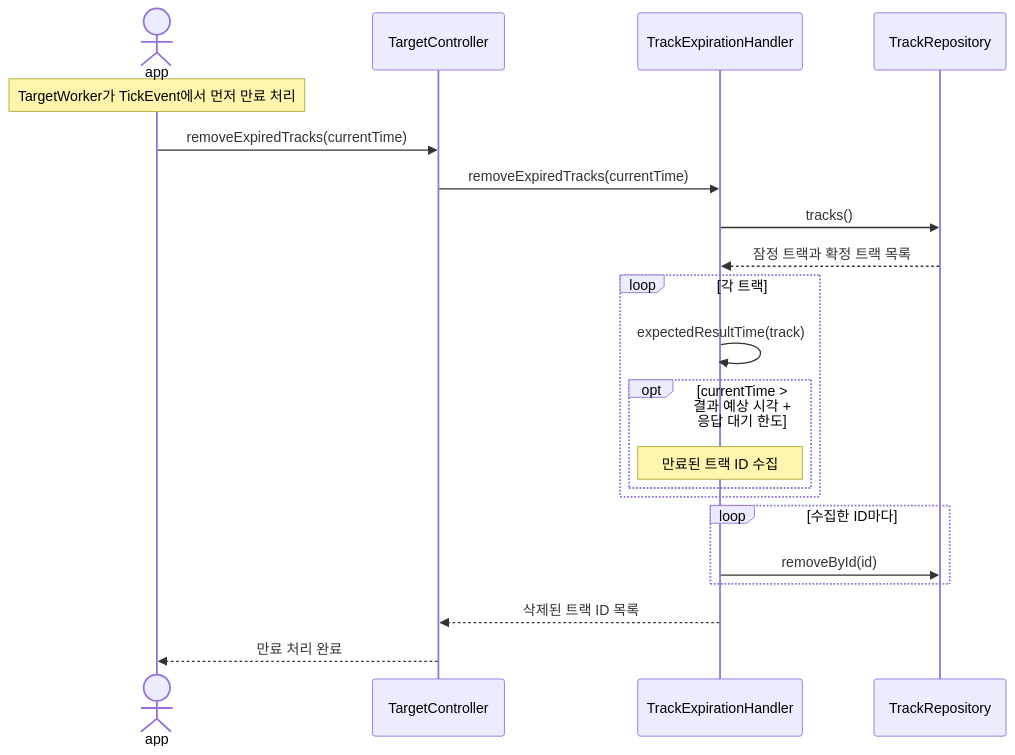
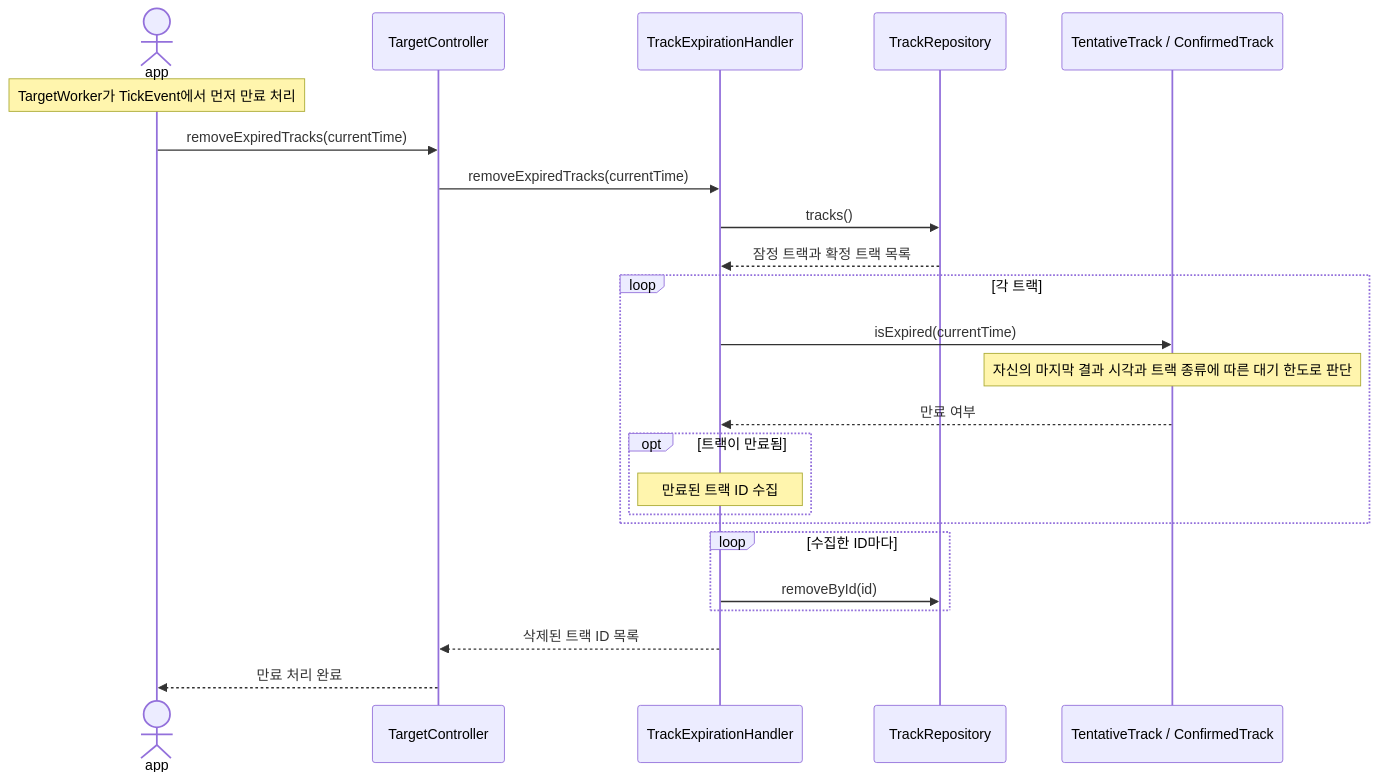
Before and after one commit to AESAlien/aesa-processor: the seventh of 8 diagrams in src/target/README.md, drawn with Mermaid. The commit also changed other lines of this file and 40 other files, not shown here.

````diff
--- a/src/target/README.md
+++ b/src/target/README.md
@@ -269,24 +283,27 @@
 ```mermaid
 sequenceDiagram
     actor app
     participant TargetController
     participant TrackExpirationHandler
     participant TrackRepository
+    participant Track as TentativeTrack / ConfirmedTrack
 
     Note over app: TargetWorker가 TickEvent에서 먼저 만료 처리
     app->>TargetController: removeExpiredTracks(currentTime)
     TargetController->>TrackExpirationHandler: removeExpiredTracks(currentTime)
     TrackExpirationHandler->>TrackRepository: tracks()
     TrackRepository-->>TrackExpirationHandler: 잠정 트랙과 확정 트랙 목록
     loop 각 트랙
-        TrackExpirationHandler->>TrackExpirationHandler: expectedResultTime(track)
-        opt currentTime > 결과 예상 시각 + 응답 대기 한도
+        TrackExpirationHandler->>Track: isExpired(currentTime)
+        Note over Track: 자신의 마지막 결과 시각과 트랙 종류에 따른 대기 한도로 판단
+        Track-->>TrackExpirationHandler: 만료 여부
+        opt 트랙이 만료됨
             Note over TrackExpirationHandler: 만료된 트랙 ID 수집
         end
     end
     loop 수집한 ID마다
         TrackExpirationHandler->>TrackRepository: removeById(id)
     end
     TrackExpirationHandler-->>TargetController: 삭제된 트랙 ID 목록
     TargetController-->>app: 만료 처리 완료
 ```
````
